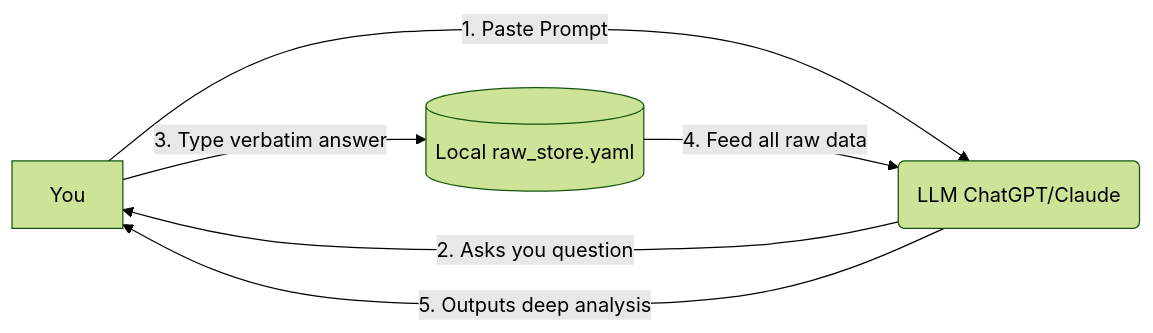
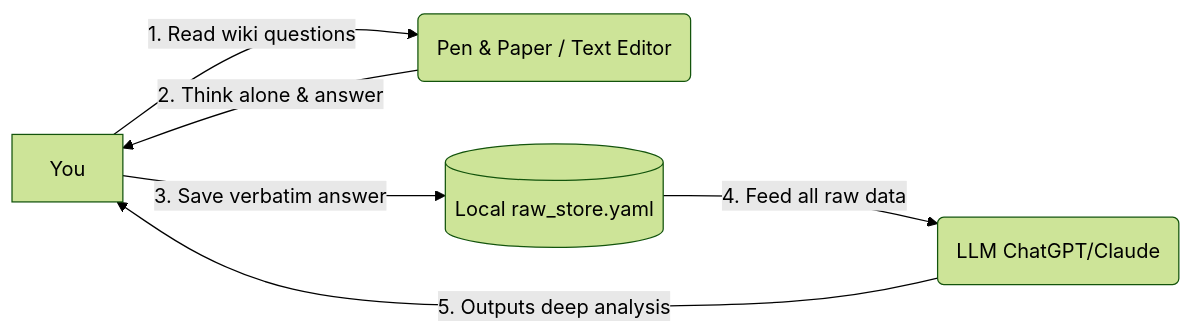
The diagram in QUICKSTART.md (YiTanJang/extracting-the-human-mind), drawn with Mermaid (forest theme) before and after one commit. The commit also changed other lines of this file and 2 other files, not shown here.

Commit message:
docs: resolve wiki/dev bottlenecks (manual extraction, LLM judge, multi-agent loop)

````diff
--- a/QUICKSTART.md
+++ b/QUICKSTART.md
@@ -15,8 +21,8 @@
 ```mermaid
 flowchart LR
-    A[You] -->|1. Paste Prompt| B(LLM ChatGPT/Claude)
-    B -->|2. Asks you question| A
-    A -->|3. Type verbatim answer| C[(Local raw_store.yaml)]
-    C -->|4. Feed all raw data| B
-    B -->|5. Outputs deep analysis| A
+    A[You] -->|1. Read wiki questions| B(Pen & Paper / Text Editor)
+    B -->|2. Think alone & answer| A
+    A -->|3. Save verbatim answer| C[(Local raw_store.yaml)]
+    C -->|4. Feed all raw data| D(LLM ChatGPT/Claude)
+    D -->|5. Outputs deep analysis| A
 ```
````
